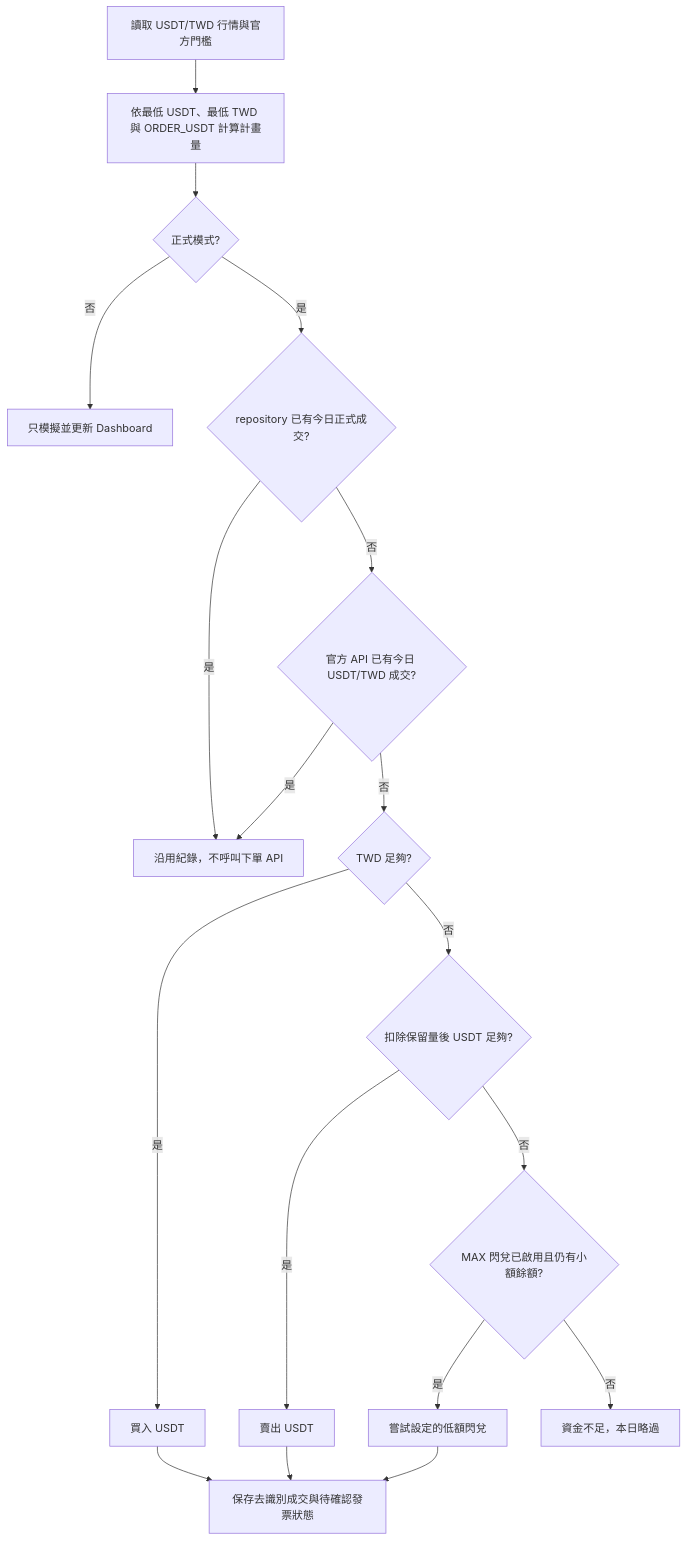
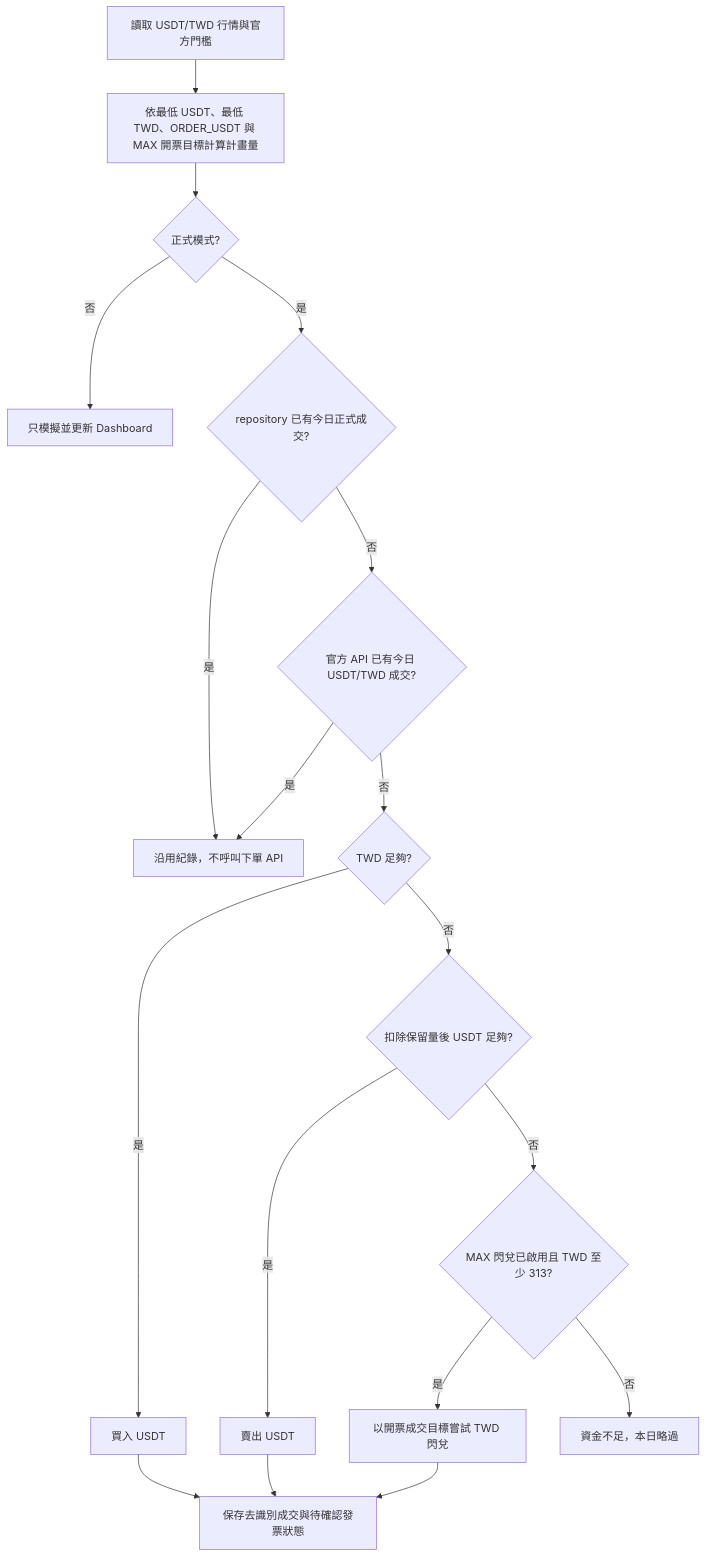
One commit to ChiJiun/usdt-invoice-pulse changed the diagram in README.md. Above: the diagram before and after it, drawn with Mermaid. The commit also changed other lines of this file and 9 other files, not shown here.

````diff
--- a/README.md
+++ b/README.md
@@ -125,20 +126,20 @@
 ```mermaid
 flowchart TD
-  A[讀取 USDT/TWD 行情與官方門檻] --> B[依最低 USDT、最低 TWD 與 ORDER_USDT 計算計畫量]
+  A[讀取 USDT/TWD 行情與官方門檻] --> B[依最低 USDT、最低 TWD、ORDER_USDT 與 MAX 開票目標計算計畫量]
   B --> C{正式模式?}
   C -->|否| D[只模擬並更新 Dashboard]
   C -->|是| E{repository 已有今日正式成交?}
   E -->|是| F[沿用紀錄，不呼叫下單 API]
   E -->|否| G{官方 API 已有今日 USDT/TWD 成交?}
   G -->|是| F
   G -->|否| H{TWD 足夠?}
   H -->|是| I[買入 USDT]
   H -->|否| J{扣除保留量後 USDT 足夠?}
   J -->|是| K[賣出 USDT]
-  J -->|否| L{MAX 閃兌已啟用且仍有小額餘額?}
-  L -->|是| M[嘗試設定的低額閃兌]
+  J -->|否| L{MAX 閃兌已啟用且 TWD 至少 313?}
+  L -->|是| M[以開票成交目標嘗試 TWD 閃兌]
   L -->|否| N[資金不足，本日略過]
   I --> O[保存去識別成交與待確認發票狀態]
   K --> O
   M --> O
 ```
````
